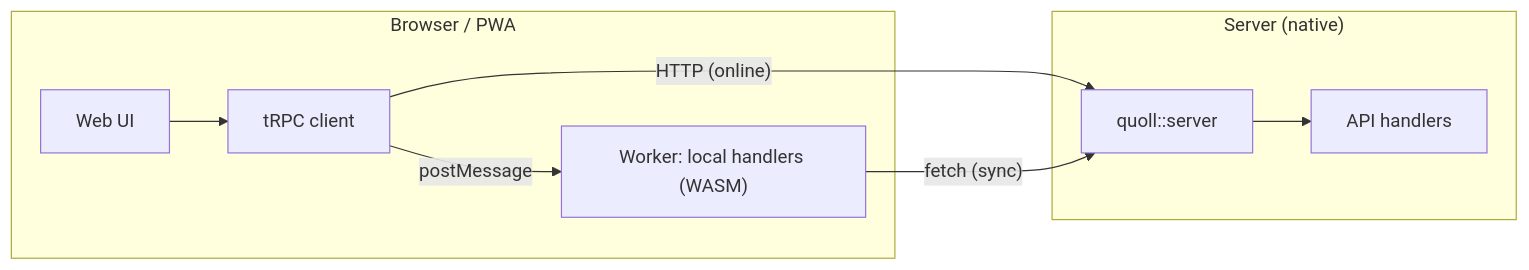
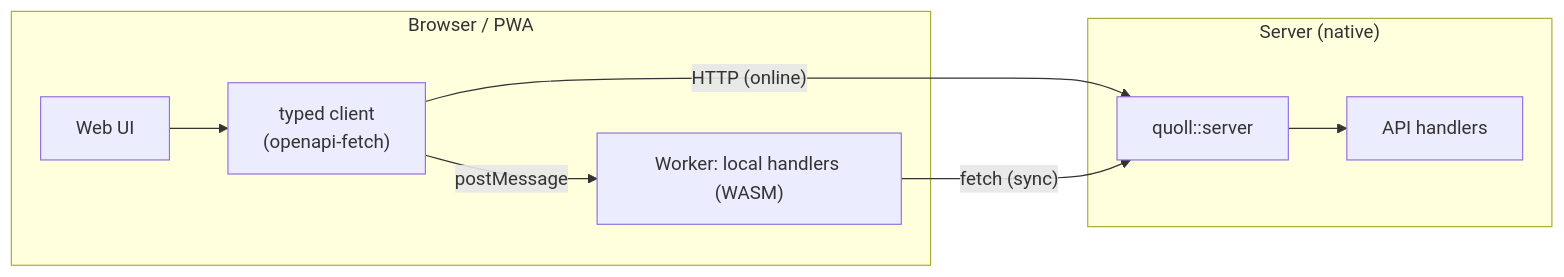
One commit to 4thlabs/quoll changed the sixth of 8 diagrams in docs/PLAN.md. Above: the diagram before and after it, drawn with Mermaid. The commit also changed other lines of this file and 2 other files, not shown here.

First line of the commit message:
Plan: OpenAPI instead of tRPC for the TypeScript side

````diff
--- a/docs/PLAN.md
+++ b/docs/PLAN.md
@@ -198,12 +196,12 @@
 ```mermaid
 flowchart LR
   subgraph b4["Browser / PWA"]
-    ui4["Web UI"] --> ts4["tRPC client"]
+    ui4["Web UI"] --> ts4["typed client<br/>(openapi-fetch)"]
     ts4 -- "postMessage" --> w4["Worker: local handlers (WASM)"]
   end
   subgraph s4["Server (native)"]
     srv4["quoll::server"] --> h4["API handlers"]
   end
   ts4 -- "HTTP (online)" --> srv4
   w4 -- "fetch (sync)" --> srv4
 ```
````
